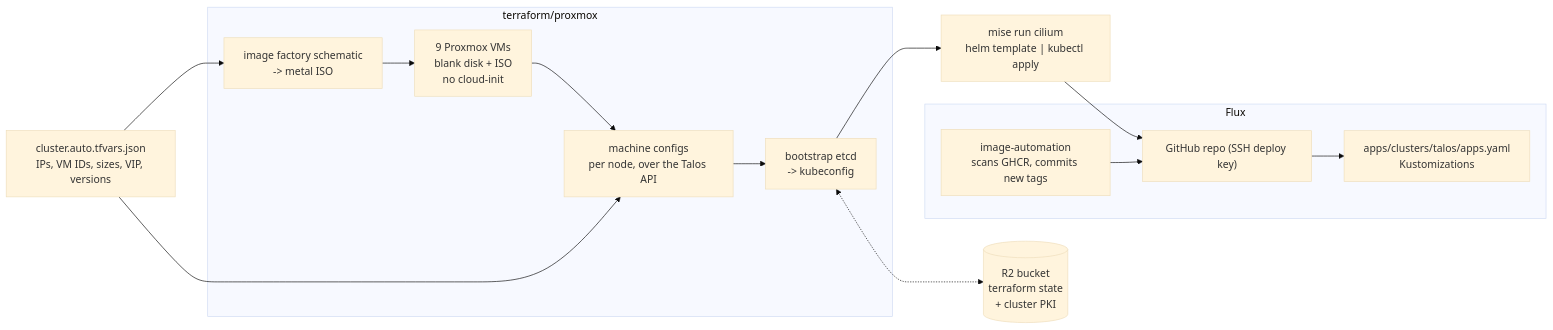
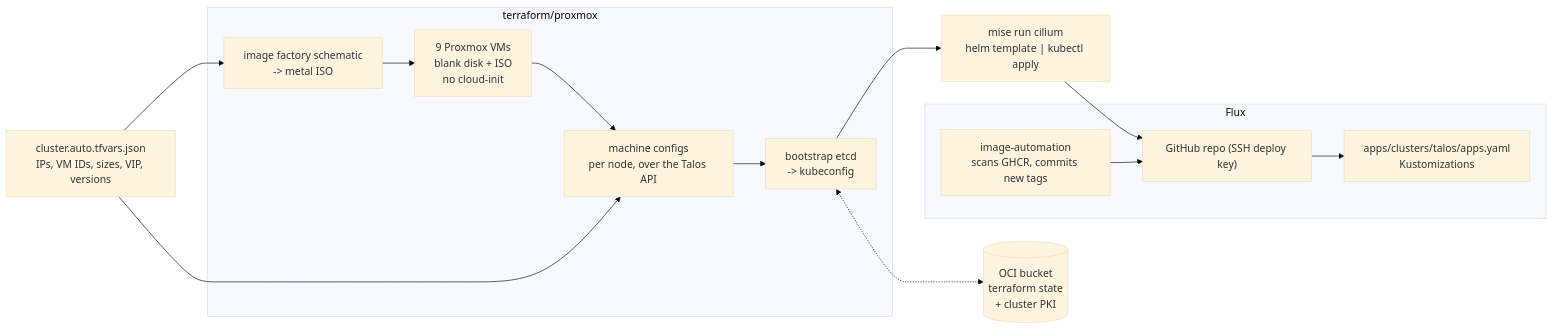
One commit to alexraskin/infrastructure changed the first of 2 diagrams in README.md. Above: the diagram before and after it, drawn with Mermaid (base theme). The commit also changed other lines of this file and 69 other files, not shown here.

````diff
--- a/README.md
+++ b/README.md
@@ -29,28 +29,28 @@
 ```mermaid
 flowchart LR
     HJ["cluster.auto.tfvars.json<br/>IPs, VM IDs, sizes, VIP, versions"]
 
     subgraph tf["terraform/proxmox"]
         FAC["image factory schematic<br/>-> metal ISO"]
         VMS["9 Proxmox VMs<br/>blank disk + ISO<br/>no cloud-init"]
         MC["machine configs<br/>per node, over the Talos API"]
         BOOT["bootstrap etcd<br/>-> kubeconfig"]
     end
 
     CIL["mise run cilium<br/>helm template | kubectl apply"]
 
     subgraph gitops["Flux"]
         REPO["GitHub repo (SSH deploy key)"]
         KS["apps/clusters/talos/apps.yaml<br/>Kustomizations"]
         IAC["image-automation<br/>scans GHCR, commits new tags"]
     end
 
-    R2S[("R2 bucket<br/>terraform state<br/>+ cluster PKI")]
+    TFS[("OCI bucket<br/>terraform state<br/>+ cluster PKI")]
 
     HJ --> FAC --> VMS --> MC --> BOOT
     HJ --> MC
-    BOOT <-.-> R2S
+    BOOT <-.-> TFS
     BOOT --> CIL --> REPO
     REPO --> KS
     IAC --> REPO
 ```
````
